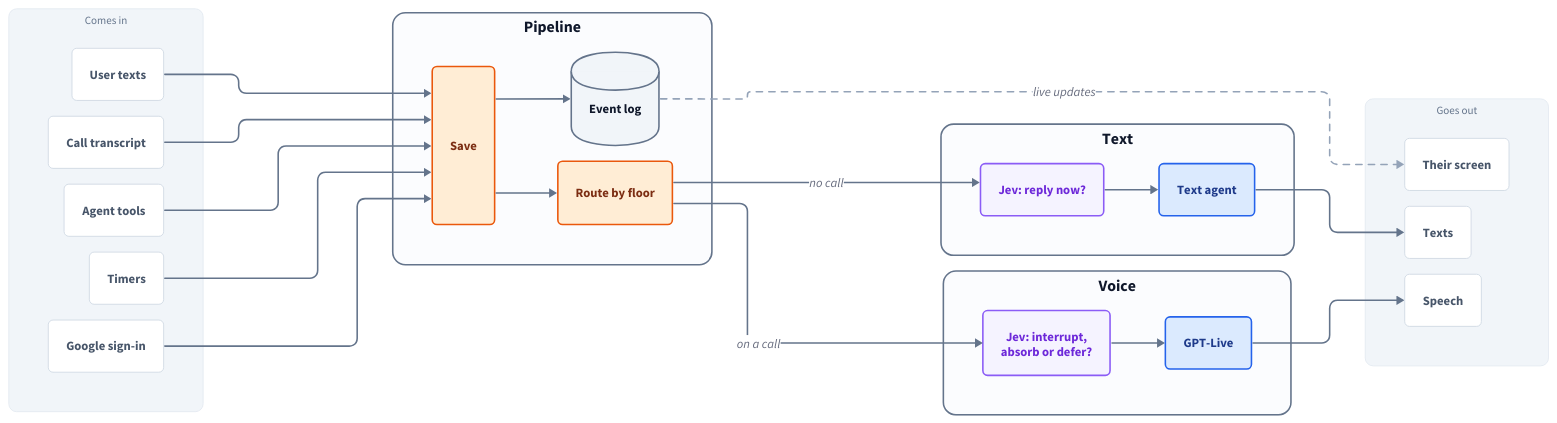
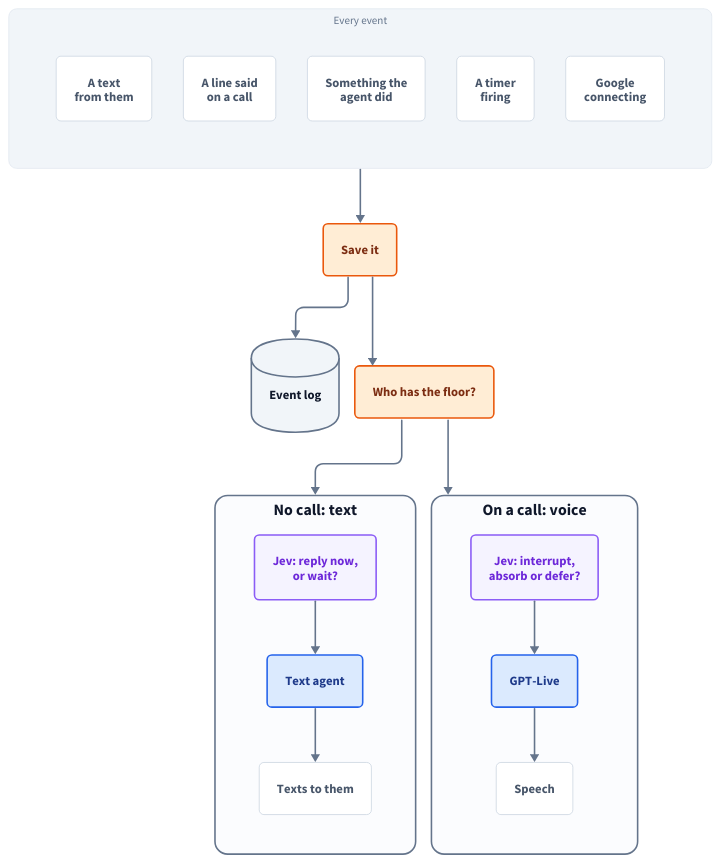
One commit to scaryjoshie/persona-takehome changed the diagram in docs/diagrams/routing.d2. Above: the diagram before and after it, drawn with D2. The commit also changed 5 other files, not shown here.

Commit message:
Diagrams: routing top to bottom (only texts and speech go out), call diagram tightened

```diff
--- a/docs/diagrams/routing.d2
+++ b/docs/diagrams/routing.d2
@@ -1,70 +1,53 @@
 # How an event is routed. Render: d2 routing.d2 routing.svg
 # Styling follows cado's tools/depgraph/arch.d2: white leaves on tinted trays, slate edges.
 vars: {
-  d2-config: { layout-engine: elk; theme-id: 0; pad: 60 }
+  d2-config: { layout-engine: elk; theme-id: 0; pad: 40 }
 }
-direction: right
+direction: down
 
 classes: {
   leaf: { style: { fill: "#FFFFFF"; stroke: "#CBD5E1"; stroke-width: 1; border-radius: 6; font-color: "#475569" } }
   flow: { style: { fill: "#FFEDD5"; stroke: "#EA580C"; stroke-width: 2; border-radius: 6; font-color: "#7C2D12"; bold: true } }
   agent: { style: { fill: "#DBEAFE"; stroke: "#2563EB"; stroke-width: 2; border-radius: 6; font-color: "#1E3A8A" } }
   jev: { style: { fill: "#F5F3FF"; stroke: "#8B5CF6"; stroke-width: 2; border-radius: 6; font-color: "#6D28D9"; italic: true } }
   store: { shape: cylinder; style: { fill: "#F1F5F9"; stroke: "#64748B"; stroke-width: 2; font-color: "#0F172A" } }
   domain: { style: { fill: "#FBFCFE"; stroke: "#64748B"; stroke-width: 2; border-radius: 16; font-color: "#0F172A"; bold: true; font-size: 20 } }
   layer: { style: { fill: "#F1F5F9"; stroke: "#E2E8F0"; stroke-width: 1; border-radius: 10; font-color: "#64748B"; font-size: 14 } }
   wire: { style: { stroke: "#64748B"; stroke-width: 2 } }
-  quiet: { style: { stroke: "#94A3B8"; stroke-width: 2; stroke-dash: 4 } }
 }
 
-in: "Comes in" {
+events: "Every event" {
   class: layer
-  texts: "User texts" { class: leaf }
-  call: "Call transcript" { class: leaf }
-  tools: "Agent tools" { class: leaf }
-  timers: "Timers" { class: leaf }
-  google: "Google sign-in" { class: leaf }
+  grid-columns: 5
+  texts: "A text\nfrom them" { class: leaf }
+  call: "A line said\non a call" { class: leaf }
+  tools: "Something the\nagent did" { class: leaf }
+  timers: "A timer\nfiring" { class: leaf }
+  google: "Google\nconnecting" { class: leaf }
 }
 
-pipeline: "Pipeline" {
+save: "Save it" { class: flow }
+log: "Event log" { class: store }
+route: "Who has the floor?" { class: flow }
+
+text: "No call: text" {
   class: domain
-  save: "Save" { class: flow }
-  log: "Event log" { class: store }
-  route: "Route by floor" { class: flow }
-  save -> log: { class: wire }
-  save -> route: { class: wire }
+  check: "Jev: reply now,\nor wait?" { class: jev }
+  agent: "Text agent" { class: agent }
+  out: "Texts to them" { class: leaf }
+  check -> agent -> out: { class: wire }
 }
 
-text: "Text" {
-  class: domain
-  check: "Jev: reply now?" { class: jev }
-  agent: "Text agent" { class: agent }
-  check -> agent: { class: wire }
-}
-
-voice: "Voice" {
+voice: "On a call: voice" {
   class: domain
   verb: "Jev: interrupt,\nabsorb or defer?" { class: jev }
   live: "GPT-Live" { class: agent }
-  verb -> live: { class: wire }
+  out: "Speech" { class: leaf }
+  verb -> live -> out: { class: wire }
 }
 
-out: "Goes out" {
-  class: layer
-  screen: "Their screen" { class: leaf }
-  bubbles: "Texts" { class: leaf }
-  speech: "Speech" { class: leaf }
-}
-
-in.texts -> pipeline.save: { class: wire }
-in.call -> pipeline.save: { class: wire }
-in.tools -> pipeline.save: { class: wire }
-in.timers -> pipeline.save: { class: wire }
-in.google -> pipeline.save: { class: wire }
-
-pipeline.route -> text.check: "no call" { class: wire }
-pipeline.route -> voice.verb: "on a call" { class: wire }
-
-text.agent -> out.bubbles: { class: wire }
-voice.live -> out.speech: { class: wire }
-pipeline.log -> out.screen: "live updates" { class: quiet }
+events -> save: { class: wire }
+save -> log: { class: wire }
+save -> route: { class: wire }
+route -> text: { class: wire }
+route -> voice: { class: wire }
```
